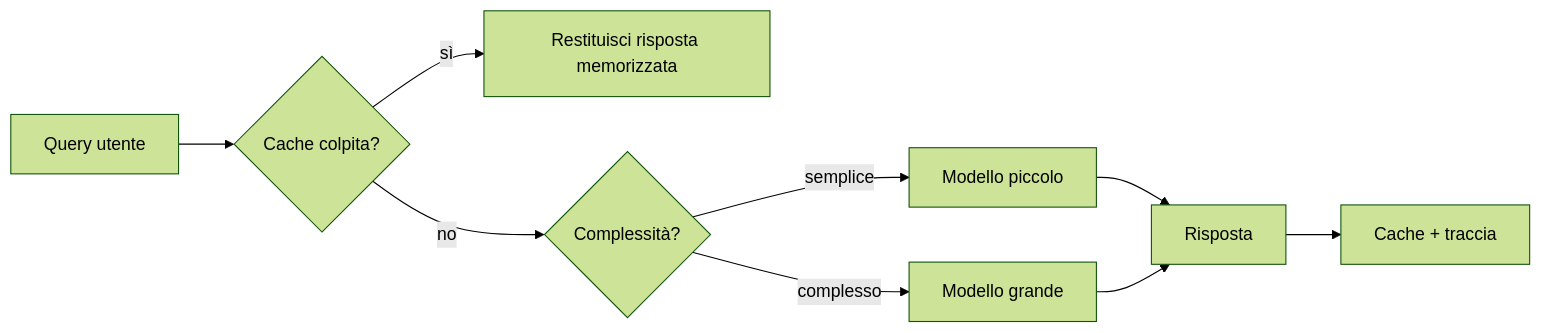
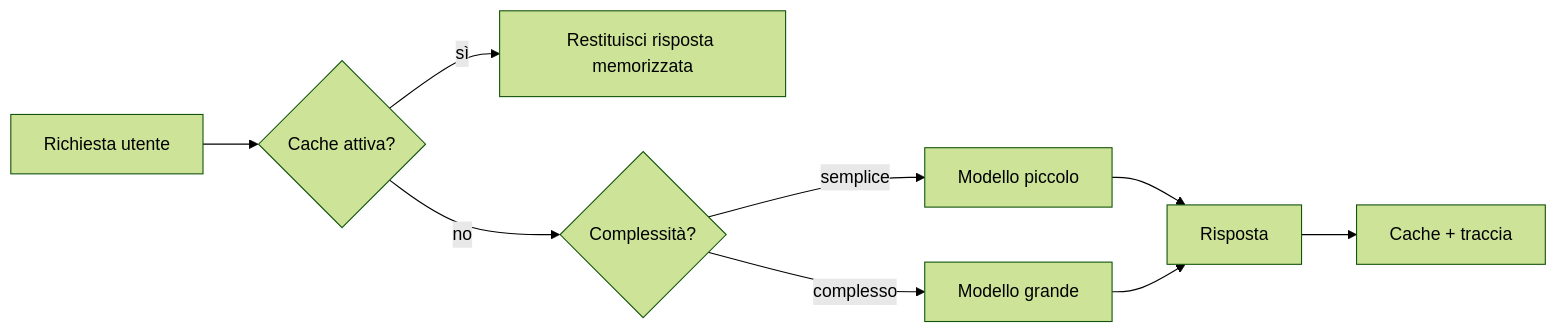
The third of 4 diagrams in mirrors/repos/microsoft@ai-agents-for-beginners/translations/it/16-deploying-scalable-agents/README.md (gabrielmoreira/agent-skills-mirror), drawn with Mermaid (forest theme) before and after one commit. The commit also changed other lines of this file and 4262 other files, not shown here.

````diff
--- a/mirrors/repos/microsoft@ai-agents-for-beginners/translations/it/16-deploying-scalable-agents/README.md
+++ b/mirrors/repos/microsoft@ai-agents-for-beginners/translations/it/16-deploying-scalable-agents/README.md
@@ -134,11 +134,11 @@
 ```mermaid
 flowchart LR
-    Q[Query utente] --> C{Cache colpita?}
+    Q[Richiesta utente] --> C{Cache attiva?}
     C -->|sì| R[Restituisci risposta memorizzata]
     C -->|no| Router{Complessità?}
     Router -->|semplice| SLM[Modello piccolo]
     Router -->|complesso| LLM[Modello grande]
     SLM --> Out[Risposta]
     LLM --> Out
     Out --> Store[Cache + traccia]
 ```
````
